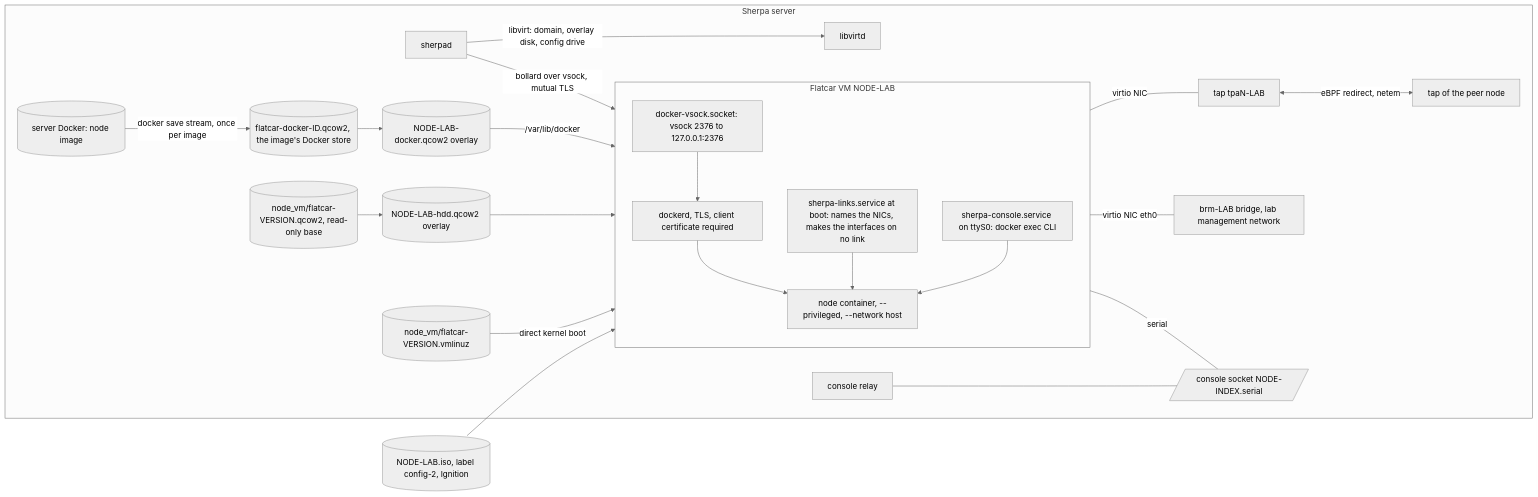
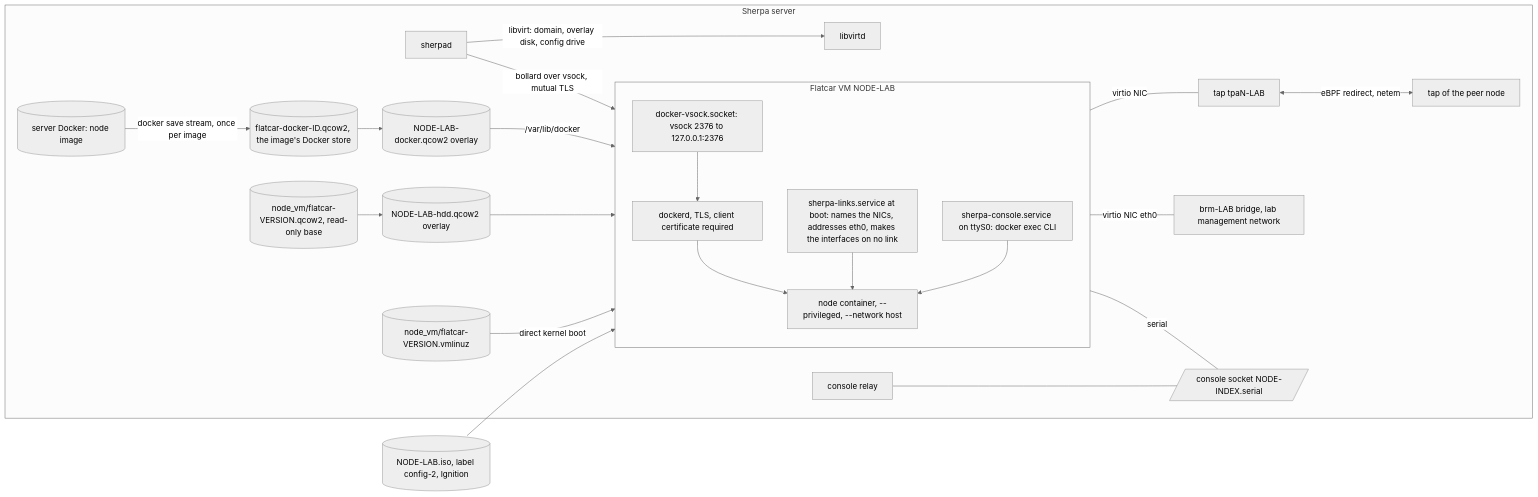
Before and after one commit to bwks/sherpa: the diagram in docs/architecture/NODE_VM.md, drawn with Mermaid (neutral theme). The commit also changed other lines of this file, not shown here.

First line of the commit message:
docs(architecture): node VM management addresses (#683)

````diff
--- a/docs/architecture/NODE_VM.md
+++ b/docs/architecture/NODE_VM.md
@@ -15,26 +15,26 @@
 ```mermaid
 flowchart LR
   subgraph host[Sherpa server]
     S[sherpad] -->|bollard over vsock, mutual TLS| V
     S -->|libvirt: domain, overlay disk, config drive| L[libvirtd]
     D[(server Docker: node image)] -->|docker save stream, once per image| ST[(flatcar-docker-ID.qcow2, the image's Docker store)]
     B[(node_vm/flatcar-VERSION.qcow2, read-only base)] --> O[(NODE-LAB-hdd.qcow2 overlay)]
     ST --> OD[(NODE-LAB-docker.qcow2 overlay)]
     K[(node_vm/flatcar-VERSION.vmlinuz)] -->|direct kernel boot| V
     T1[tap tpaN-LAB] <-->|eBPF redirect, netem| T2[tap of the peer node]
     M[brm-LAB bridge, lab management network]
     R[console relay] --- SOCK[/console socket NODE-INDEX.serial/]
   end
   subgraph V[Flatcar VM NODE-LAB]
     P[docker-vsock.socket: vsock 2376 to 127.0.0.1:2376] --> DK[dockerd, TLS, client certificate required]
     DK --> C[node container, --privileged, --network host]
-    LK[sherpa-links.service at boot: names the NICs, makes the interfaces on no link] --> C
+    LK[sherpa-links.service at boot: names the NICs, addresses eth0, makes the interfaces on no link] --> C
     CON[sherpa-console.service on ttyS0: docker exec CLI] --> C
   end
   O --> V
   OD -->|/var/lib/docker| V
   ISO[(NODE-LAB.iso, label config-2, Ignition)] --> V
   V ---|virtio NIC| T1
   V ---|virtio NIC eth0| M
   V ---|serial| SOCK
 ```
````
